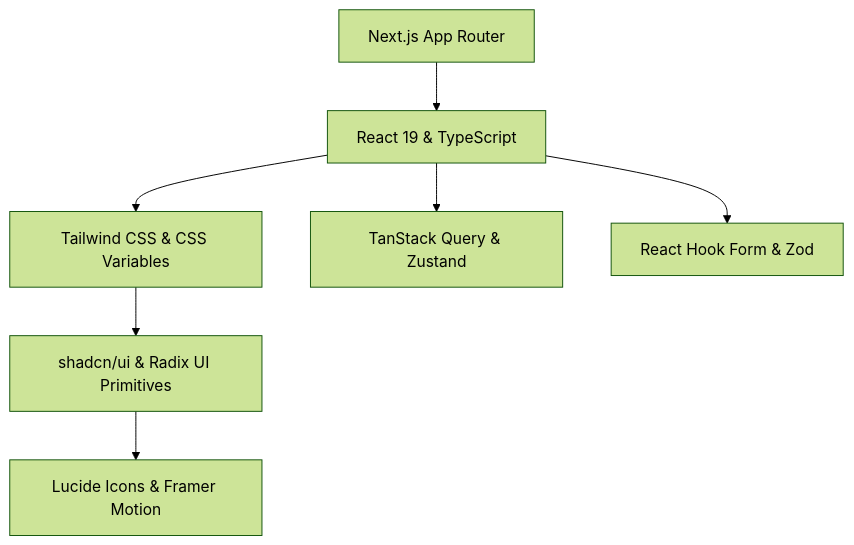
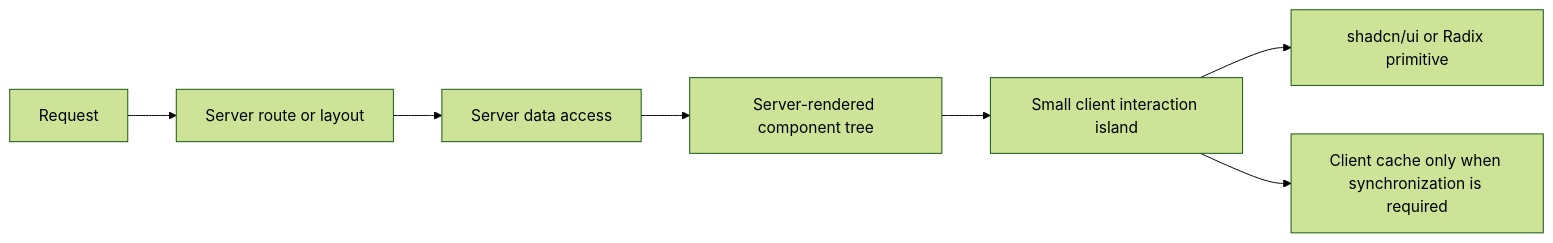
Before and after one commit to chann/design: the diagram in DESIGN.md, drawn with Mermaid (forest theme). The commit also changed other lines of this file, not shown here.

Commit message:
docs(design): define Apple-inspired interaction foundations

````diff
--- a/DESIGN.md
+++ b/DESIGN.md
@@ -39,9 +118,9 @@
 ```mermaid
-graph TD
-    A[Next.js App Router] --> B[React 19 & TypeScript]
-    B --> C[Tailwind CSS & CSS Variables]
-    C --> D[shadcn/ui & Radix UI Primitives]
-    D --> E[Lucide Icons & Framer Motion]
-    B --> F[TanStack Query & Zustand]
-    B --> G[React Hook Form & Zod]
+flowchart LR
+    Request --> Route[Server route or layout]
+    Route --> Data[Server data access]
+    Data --> RSC[Server-rendered component tree]
+    RSC --> Island[Small client interaction island]
+    Island --> Primitive[shadcn/ui or Radix primitive]
+    Island --> Query[Client cache only when synchronization is required]
 ```
````
